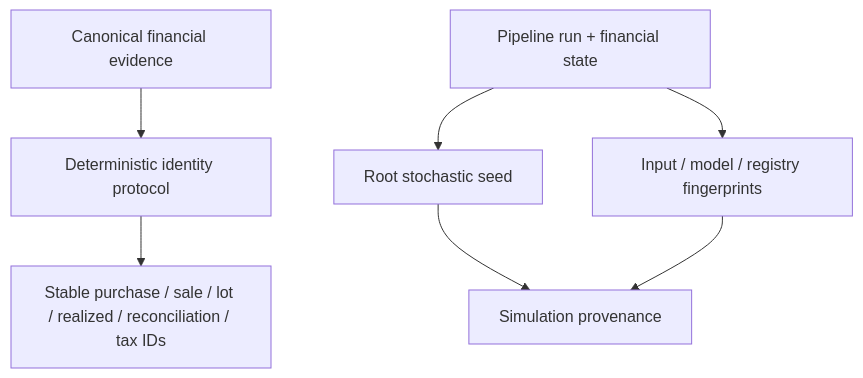
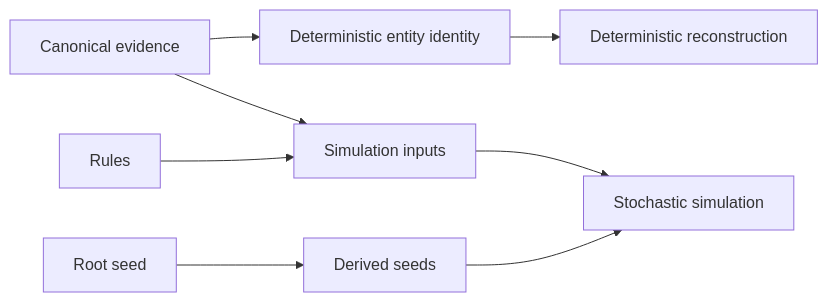
One commit to tks18/personal-finance-etl changed the first of 5 diagrams in docs/architecture/deterministic-identity-and-replay.md. Above: the diagram before and after it, drawn with Mermaid. The commit also changed other lines of this file and 10 other files, not shown here.

Commit message:
docs: update docs/architecture for latest version

````diff
--- a/docs/architecture/deterministic-identity-and-replay.md
+++ b/docs/architecture/deterministic-identity-and-replay.md
@@ -22,15 +25,11 @@
 ```mermaid
-flowchart TB
-    E[Canonical financial evidence]
-    ID[Deterministic identity protocol]
-    FACT[Stable purchase / sale / lot / realized / reconciliation / tax IDs]
+flowchart LR
+    E[Canonical evidence] --> ID[Deterministic entity identity]
+    ID --> REPLAY[Deterministic reconstruction]
 
-    RUN[Pipeline run + financial state]
-    SEED[Root stochastic seed]
-    FP[Input / model / registry fingerprints]
-    SIM[Simulation provenance]
-
-    E --> ID --> FACT
-    RUN --> SEED --> SIM
-    RUN --> FP --> SIM
+    E --> INPUT[Simulation inputs]
+    RULES[Rules] --> INPUT
+    SEED[Root seed] --> RNG[Derived seeds]
+    INPUT --> MC[Stochastic simulation]
+    RNG --> MC
 ```
````
